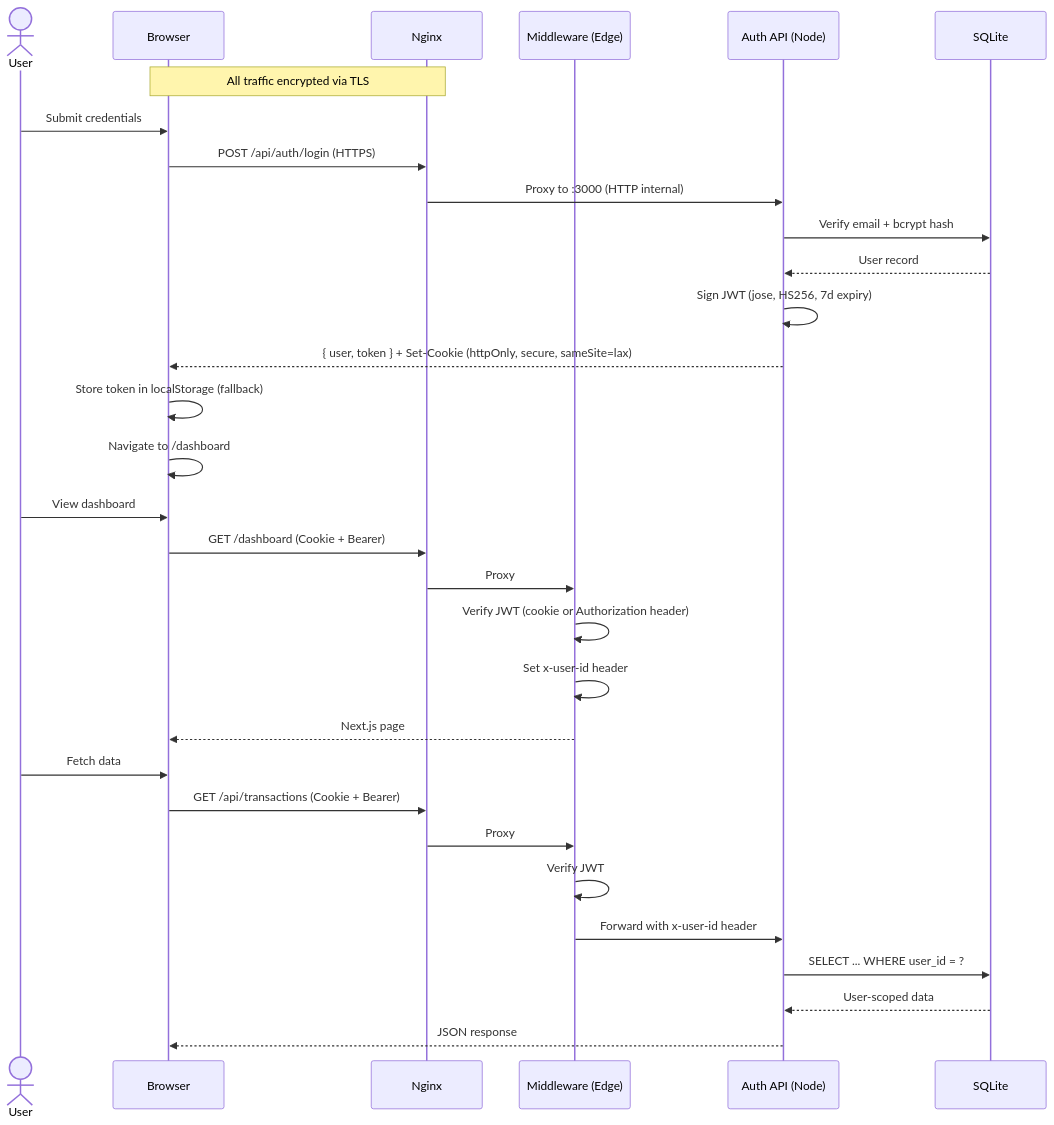
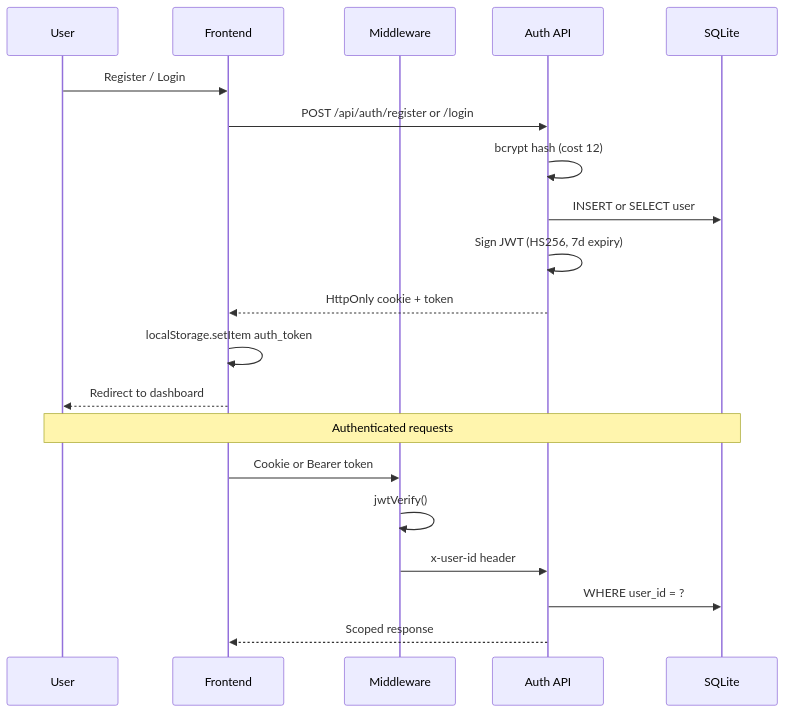
Before and after one commit to b-3llum/finance-tracker: the seventh of 8 diagrams in ARCHITECTURE.md, drawn with Mermaid. The commit also changed other lines of this file and 36 other files, not shown here.

````diff
--- a/ARCHITECTURE.md
+++ b/ARCHITECTURE.md
@@ -289,38 +346,24 @@
 ```mermaid
 sequenceDiagram
-    actor U as User
-    participant B as Browser
-    participant N as Nginx
-    participant MW as Middleware (Edge)
-    participant API as Auth API (Node)
+    participant U as User
+    participant FE as Frontend
+    participant MW as Middleware
+    participant API as Auth API
     participant DB as SQLite
 
-    Note over B,N: All traffic encrypted via TLS
+    U->>FE: Register / Login
+    FE->>API: POST /api/auth/register or /login
+    API->>API: bcrypt hash (cost 12)
+    API->>DB: INSERT or SELECT user
+    API->>API: Sign JWT (HS256, 7d expiry)
+    API-->>FE: HttpOnly cookie + token
+    FE->>FE: localStorage.setItem auth_token
+    FE-->>U: Redirect to dashboard
 
-    U->>B: Submit credentials
-    B->>N: POST /api/auth/login (HTTPS)
-    N->>API: Proxy to :3000 (HTTP internal)
-    API->>DB: Verify email + bcrypt hash
-    DB-->>API: User record
-    API->>API: Sign JWT (jose, HS256, 7d expiry)
-    API-->>B: { user, token } + Set-Cookie (httpOnly, secure, sameSite=lax)
-
-    B->>B: Store token in localStorage (fallback)
-    B->>B: Navigate to /dashboard
-
-    U->>B: View dashboard
-    B->>N: GET /dashboard (Cookie + Bearer)
-    N->>MW: Proxy
-    MW->>MW: Verify JWT (cookie or Authorization header)
-    MW->>MW: Set x-user-id header
-    MW-->>B: Next.js page
-
-    U->>B: Fetch data
-    B->>N: GET /api/transactions (Cookie + Bearer)
-    N->>MW: Proxy
-    MW->>MW: Verify JWT
-    MW->>API: Forward with x-user-id header
-    API->>DB: SELECT ... WHERE user_id = ?
-    DB-->>API: User-scoped data
-    API-->>B: JSON response
+    Note over U,DB: Authenticated requests
+    FE->>MW: Cookie or Bearer token
+    MW->>MW: jwtVerify()
+    MW->>API: x-user-id header
+    API->>DB: WHERE user_id = ?
+    API-->>FE: Scoped response
 ```
````
